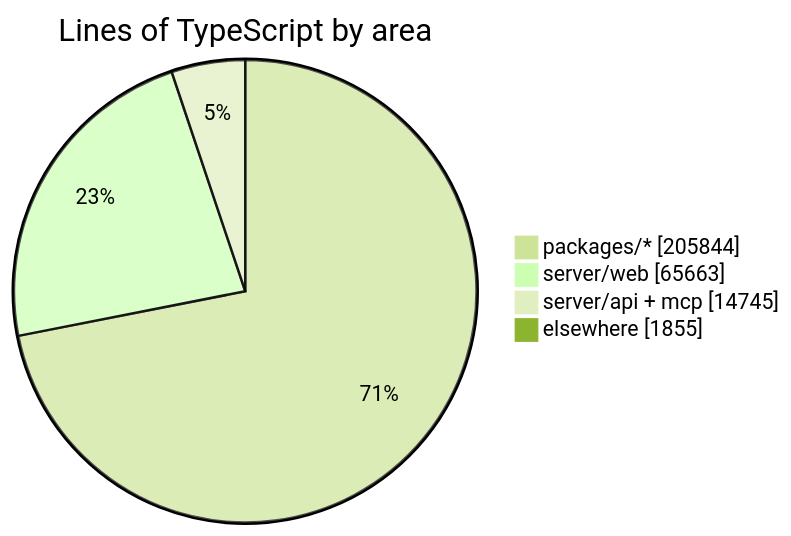
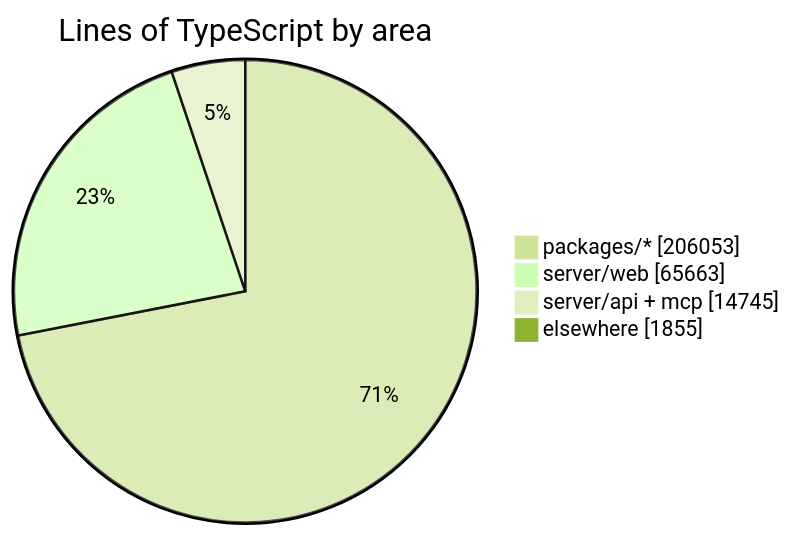
One commit to crossworks-engineering/mantle changed the diagram in README.md. Above: the diagram before and after it, drawn with Mermaid (forest theme). The commit also changed other lines of this file and 2 other files, not shown here.

````diff
--- a/README.md
+++ b/README.md
@@ -287,7 +287,7 @@
 ```mermaid
 pie showData title Lines of TypeScript by area
-    "packages/*" : 205844
+    "packages/*" : 206053
     "server/web" : 65663
     "server/api + mcp" : 14745
     "elsewhere" : 1855
 ```
````
